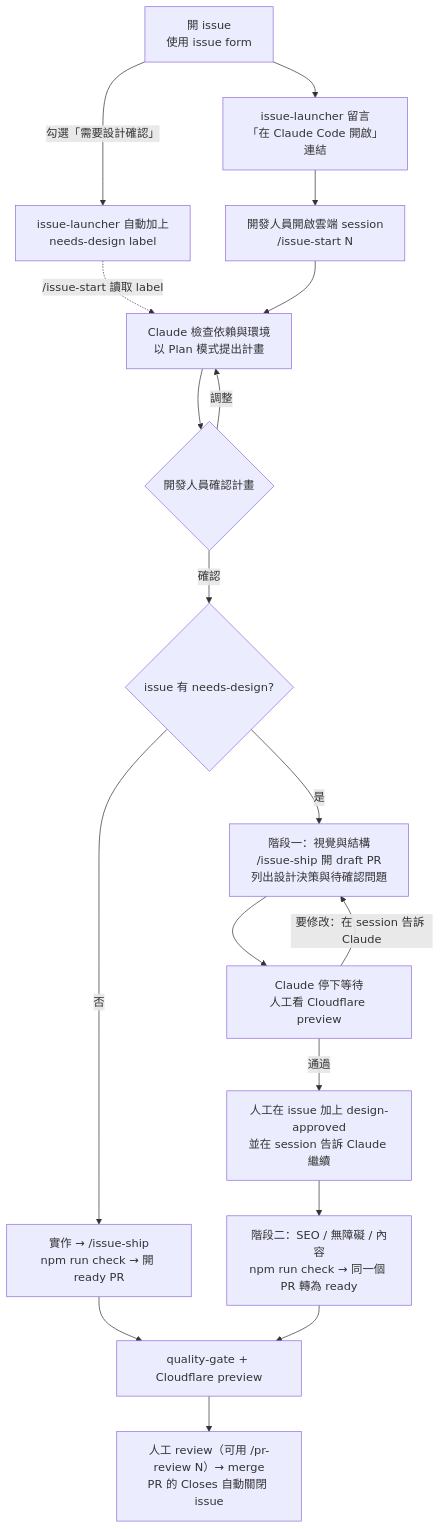
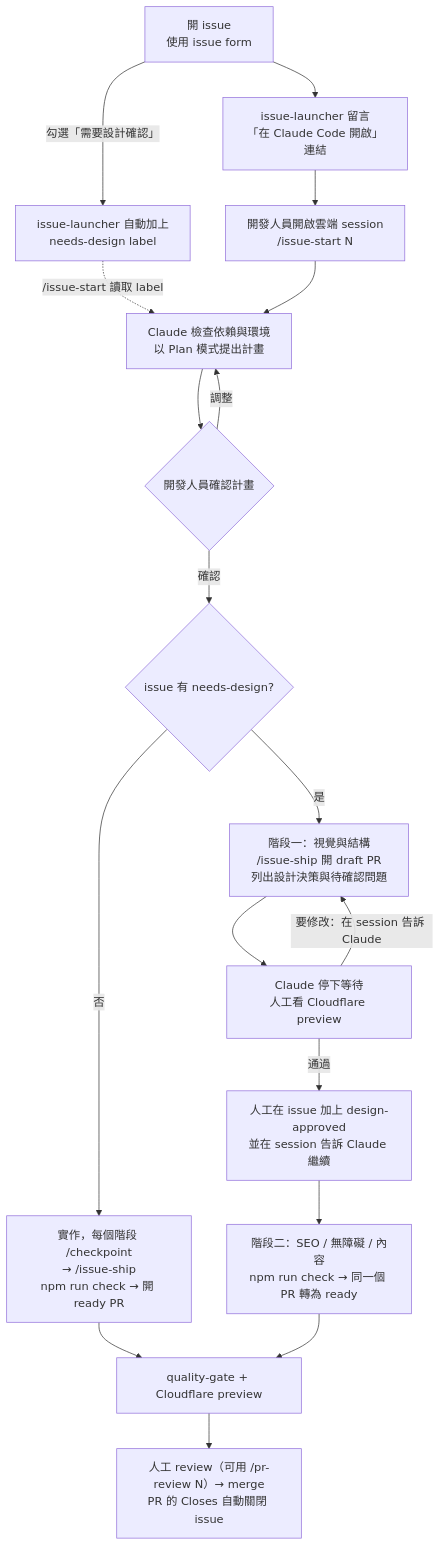
The diagram in README.md (TPI-WenpinLiao/tpi-website-ai-poc), drawn with Mermaid before and after one commit. The commit also changed other lines of this file and 7 other files, not shown here.

````diff
--- a/README.md
+++ b/README.md
@@ -14,20 +14,20 @@
 ```mermaid
 flowchart TD
   A[開 issue<br/>使用 issue form] --> B[issue-launcher 留言<br/>「在 Claude Code 開啟」連結]
   A -->|勾選「需要設計確認」| L[issue-launcher 自動加上<br/>needs-design label]
   B --> C[開發人員開啟雲端 session<br/>/issue-start N]
   L -.->|/issue-start 讀取 label| D
   C --> D[Claude 檢查依賴與環境<br/>以 Plan 模式提出計畫]
   D --> E{開發人員確認計畫}
   E -->|調整| D
   E -->|確認| F{issue 有 needs-design?}
-  F -->|否| G[實作 → /issue-ship<br/>npm run check → 開 ready PR]
+  F -->|否| G[實作，每個階段 /checkpoint<br/>→ /issue-ship<br/>npm run check → 開 ready PR]
   F -->|是| H[階段一：視覺與結構<br/>/issue-ship 開 draft PR<br/>列出設計決策與待確認問題]
   H --> P[Claude 停下等待<br/>人工看 Cloudflare preview]
   P -->|要修改：在 session 告訴 Claude| H
   P -->|通過| Q[人工在 issue 加上 design-approved<br/>並在 session 告訴 Claude 繼續]
   Q --> J[階段二：SEO / 無障礙 / 內容<br/>npm run check → 同一個 PR 轉為 ready]
   G --> K[quality-gate + Cloudflare preview]
   J --> K
   K --> M[人工 review（可用 /pr-review N）→ merge<br/>PR 的 Closes 自動關閉 issue]
 ```
````
